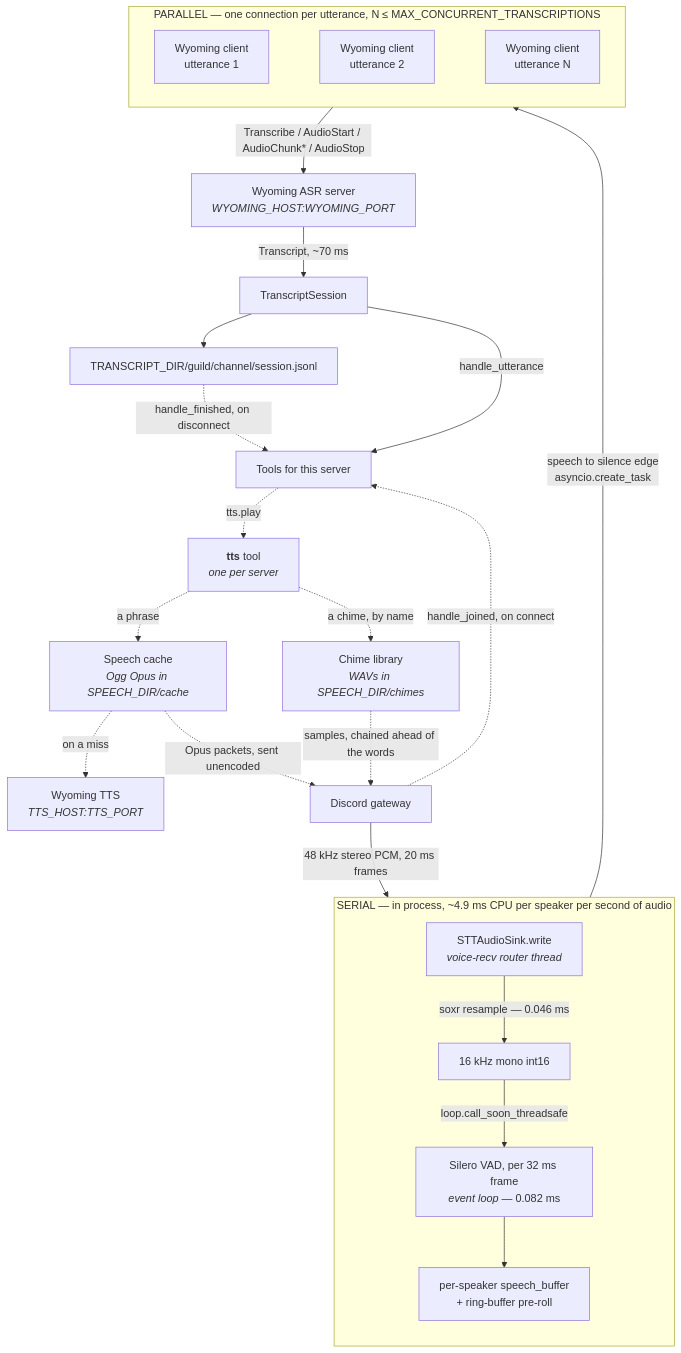
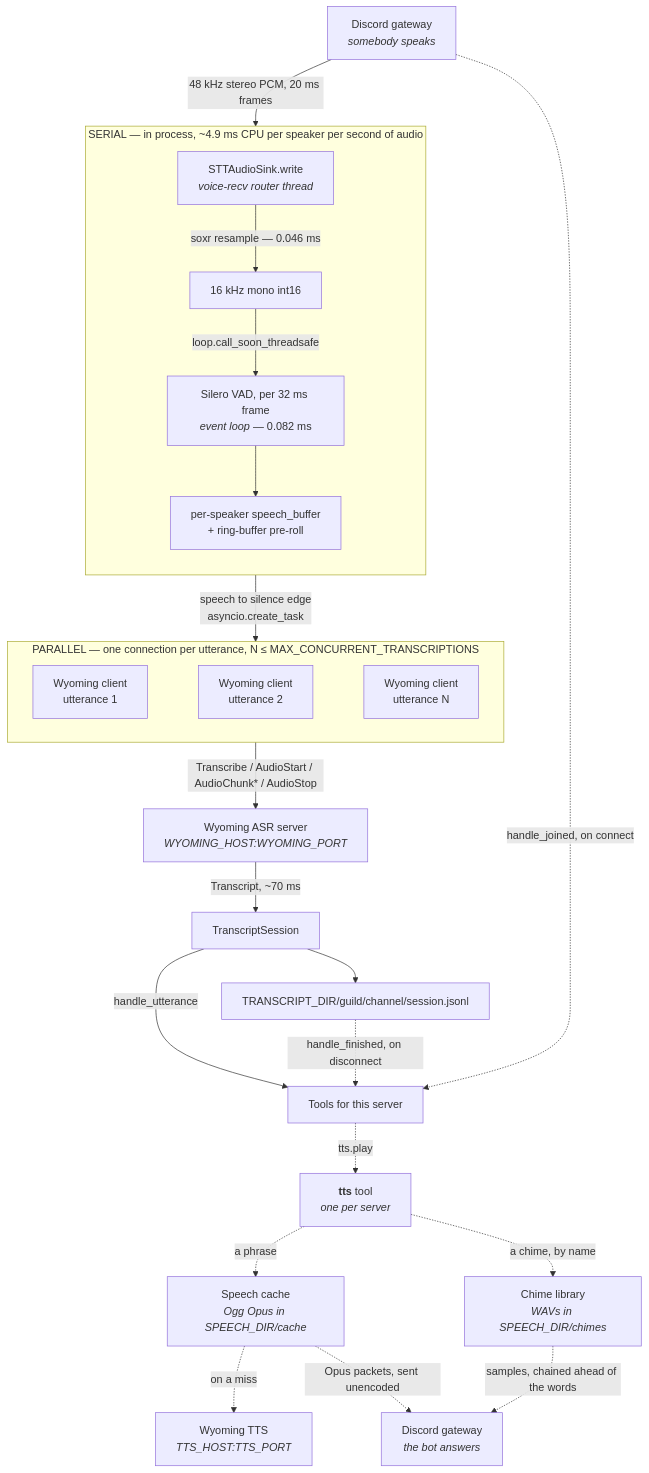
Before and after one commit to beer-wars/miss-quote: the diagram in docs/about.md, drawn with Mermaid. The commit also changed other lines of this file, not shown here.

Commit message:
Draw the pipeline diagram in the order it runs
The diagram on the about page rendered upside down: the parallel Wyoming
clients sat at the top and the serial audio ingest at the bottom, so the
first thing a reader met was the middle of the pipeline and the arrows ran
against the way the page reads.

Nothing was wrong with what it said. The graph was a cycle — the gateway
fed the sink, and the speech cache and the chime library fed the gateway
back — and dagre breaks a cycle by reversing an edge. The gateway had two
edges in and one out, which makes it a sink to the heuristic, so the edge
it reversed was the one into the audio sink and the whole local half went
under the remote one.

Draw the gateway at both ends instead. It is one connection either way, and
a reader following the round trip wants to arrive somewhere rather than be
sent back to the box they started at, so the cost of the second box is
smaller than the cost of the cycle. The graph is acyclic and lays out in
the order it runs: somebody speaks, it is resampled and segmented, it is
transcribed, the tools are handed it, and whatever they answer with is
played back into the channel.

````diff
--- a/docs/about.md
+++ b/docs/about.md
@@ -19,37 +19,39 @@
 ```mermaid
 graph TD
-    A["Discord gateway"] -->|"48 kHz stereo PCM, 20 ms frames"| B
+    A["Discord gateway<br/><i>somebody speaks</i>"] -->|"48 kHz stereo PCM, 20 ms frames"| B
 
     subgraph LOCAL["SERIAL — in process, ~4.9 ms CPU per speaker per second of audio"]
         direction TB
         B["STTAudioSink.write<br/><i>voice-recv router thread</i>"]
         B -->|"soxr resample — 0.046 ms"| C["16 kHz mono int16"]
         C -->|"loop.call_soon_threadsafe"| D["Silero VAD, per 32 ms frame<br/><i>event loop</i> — 0.082 ms"]
         D --> E["per-speaker speech_buffer<br/>+ ring-buffer pre-roll"]
     end
 
     E -->|"speech to silence edge<br/>asyncio.create_task"| REMOTE
 
     subgraph REMOTE["PARALLEL — one connection per utterance, N ≤ MAX_CONCURRENT_TRANSCRIPTIONS"]
         direction LR
         F["Wyoming client<br/>utterance 1"]
         G["Wyoming client<br/>utterance 2"]
         H["Wyoming client<br/>utterance N"]
         F ~~~ G ~~~ H
     end
 
     REMOTE -->|"Transcribe / AudioStart / AudioChunk* / AudioStop"| I
 
     I["Wyoming ASR server<br/><i>WYOMING_HOST:WYOMING_PORT</i>"] -->|"Transcript, ~70 ms"| J["TranscriptSession"]
     J --> K["TRANSCRIPT_DIR/guild/channel/session.jsonl"]
     J -->|"handle_utterance"| L["Tools for this server"]
     K -.->|"handle_finished, on disconnect"| L
     A -.->|"handle_joined, on connect"| L
 
     L -.->|"tts.play"| T["<b>tts</b> tool<br/><i>one per server</i>"]
     T -.->|"a phrase"| M["Speech cache<br/><i>Ogg Opus in SPEECH_DIR/cache</i>"]
     T -.->|"a chime, by name"| CH["Chime library<br/><i>WAVs in SPEECH_DIR/chimes</i>"]
     M -.->|"on a miss"| N["Wyoming TTS<br/><i>TTS_HOST:TTS_PORT</i>"]
-    M -.->|"Opus packets, sent unencoded"| A
-    CH -.->|"samples, chained ahead of the words"| A
+    M -.->|"Opus packets, sent unencoded"| Z
+    CH -.->|"samples, chained ahead of the words"| Z
+
+    Z["Discord gateway<br/><i>the bot answers</i>"]
 ```
````
